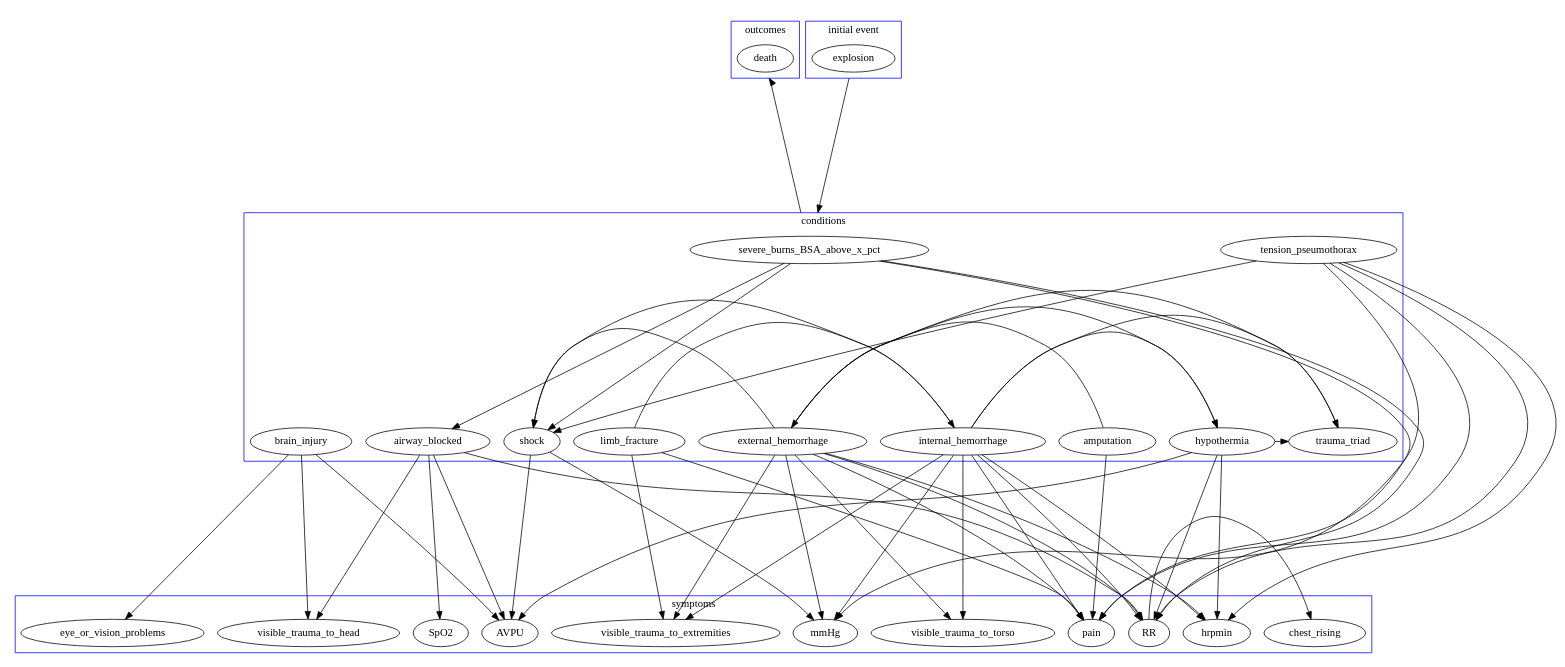
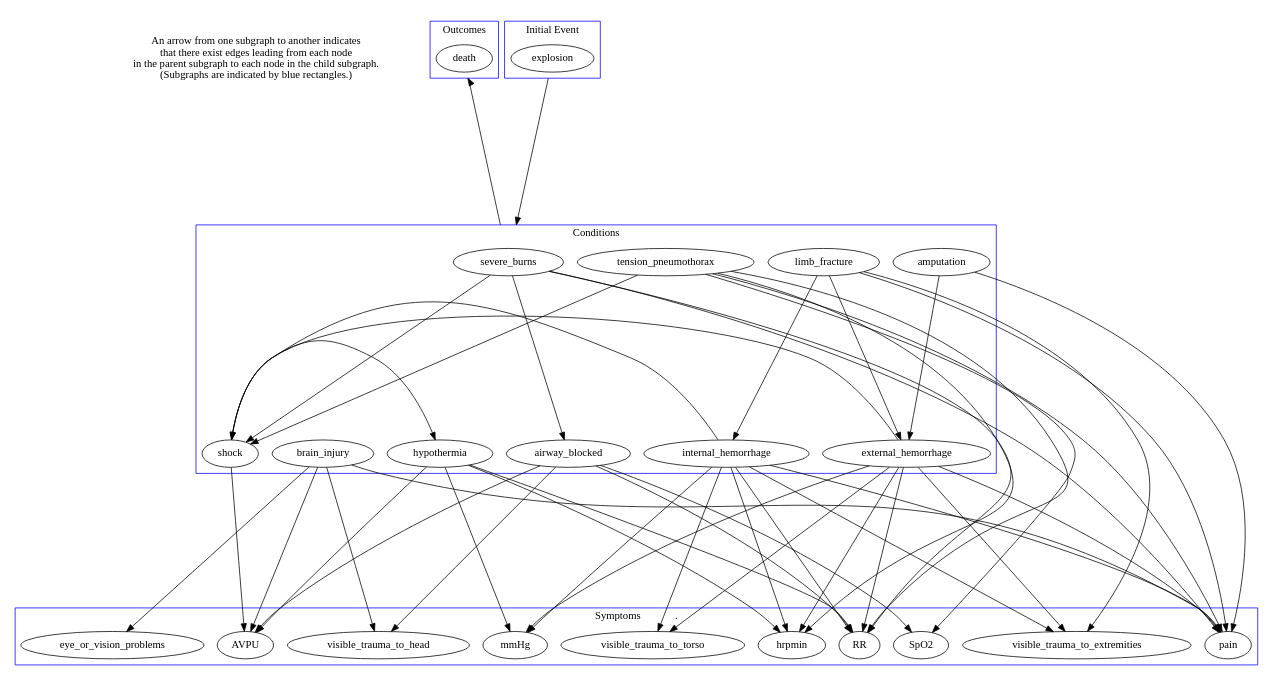
One commit to Parallax-Advanced-Research/ITM changed the diagram in components/decision_analyzer/bayesian_network/scenario-bn.dot. Above: the diagram before and after it, drawn with Graphviz. The commit also changed 3 other files, not shown here.

```diff
--- a/components/decision_analyzer/bayesian_network/scenario-bn.dot
+++ b/components/decision_analyzer/bayesian_network/scenario-bn.dot
@@ -1,165 +1,133 @@
 digraph {
 	compound=true;
 	ranksep=3.0;
 
 	subgraph cluster_io {
 		rank="same";
 		style="invis";
 		subgraph cluster_event {
 			color=blue;
-			label="initial event";
+			label="Initial Event";
 			rank="same";
 			style="solid";
 
 			explosion;
 		}
 
 		subgraph cluster_outcomes {
 			color=blue;
-			label="outcomes";
+			label="Outcomes";
 			rank="same";
 			style="solid";
 
 			/* may add forms of permanent injury or PTSD here later */
 			death;
 		}
+	
+		foo [shape=plaintext, label="An arrow from one subgraph to another indicates\nthat there exist edges leading from each node\nin the parent subgraph to each node in the child subgraph.\n(Subgraphs are indicated by blue rectangles.)"];
 	}
 
 	subgraph cluster_symptoms {
 		color=blue;
-		label="symptoms";
+		label="Symptoms             ."; /* aligned s.t. the period is covered by an edge (and the text isn't)*/
 		{
 			rank="same";
 
-			AVPU; // {A,V,P,U}
-
-			/* TODO: comment each bin with what range falls there */
-			hrpmin; // heart rate. low, normal, high
-			mmHg; // blood pressure. low, normal, high
-			SpO2; // blood oxygen level. low, normal, high
-			RR; // respiration rate. low, normal, high
-
-			/* Don't have a node for unreported pain, since AVPU covers that */
-			pain; // low = 1-3, med = 4-6, high = 7-10
-
-			eye_or_vision_problems;//covers all of echhymosis, hyphema, limited extraocular movement, cloudy vision
-			chest_rising
-
-			/* Note that these don't represent the injuries themselves, but rather the visible effects of them.
-			   Slightly important distinction that lets us keep the arrows pointing in a way that respects the layers */
+			AVPU;
+			hrpmin;
+			mmHg;
+			SpO2;
+			RR;
+			pain;
+			eye_or_vision_problems;
 			visible_trauma_to_head;
 			visible_trauma_to_torso;
 			visible_trauma_to_extremities;
 		}
-		
-		RR -> chest_rising;
 	}
 
 	/* Some of these, e.g. amputation, are directly observable, but others are latent */
 	subgraph cluster_conditions {
 		color=blue;
-		label="conditions";
+		label="Conditions";
 		{
 			rank="same";
-			tension_pseumothorax
-		
-			severe_burns_BSA_above_x_pct // these are all 2nd and 3rd degree, and the bins will be 0-25%, 25-50%, 50-75%, 75-100% BSA
+			tension_pneumothorax;
+			severe_burns;
+			limb_fracture;
+			amputation;
 		}
 		{
 			rank="same";
-			airway_blocked
-			amputation
-			external_hemorrhage
-			shock
-			internal_hemorrhage
-			brain_injury
-			hypothermia
-			limb_fracture
-			trauma_triad // P(trauma_triad) = P(hypothermia and at least one of the hemorhages). Modeling it this way to avoid cycles.
+			airway_blocked;
+			external_hemorrhage;
+			shock;
+			internal_hemorrhage;
+			brain_injury;
+			hypothermia;
 		}
-
-		internal_hemorrhage -> trauma_triad;
-		external_hemorrhage -> trauma_triad;
-		hypothermia -> trauma_triad;
-
-		//internal hemorrhage - does not include brain hemorrhage; that's brain_injury
-			internal_hemorrhage -> hrpmin;
-			internal_hemorrhage -> mmHg;
-			internal_hemorrhage -> pain;
-			//internal_hemorrhage -> AVPU;//shock and hypothermia probably cover this
-			//internal_hemorrhage -> visible_trauma_to_head;
-			internal_hemorrhage -> visible_trauma_to_torso;
-			internal_hemorrhage -> visible_trauma_to_extremities;
-
-			/* links to other conditions */
-			internal_hemorrhage -> shock;
-			internal_hemorrhage -> hypothermia;
-			internal_hemorrhage -> RR;
-
-		//external hemorrhage
-			external_hemorrhage -> hrpmin;
-			external_hemorrhage -> mmHg;
-			external_hemorrhage -> pain;
-			external_hemorrhage -> visible_trauma_to_torso;
-			external_hemorrhage -> visible_trauma_to_extremities;
-			external_hemorrhage -> RR;
-			
-			/* links to other conditions */
-			external_hemorrhage -> shock;
-			external_hemorrhage -> hypothermia;
-
-		//limb fracture
-			limb_fracture -> internal_hemorrhage;
-			limb_fracture -> pain;
-			limb_fracture -> visible_trauma_to_extremities;
-
-		//hypothermia
-			hypothermia -> AVPU;
-			hypothermia -> hrpmin;
-			hypothermia -> RR;
-
-		//shock - hemorrhagic shock, specifically
-			shock -> AVPU;
-			shock -> mmHg;
-
-		//brain injury
-			brain_injury -> AVPU;
-			brain_injury -> eye_or_vision_problems;
-			brain_injury -> visible_trauma_to_head;
-
-		//airway blocked
-			airway_blocked -> AVPU;
-			airway_blocked -> RR;
-			airway_blocked -> SpO2;//TODO: presumably
-			//airway_blocked -> chest_rising;//RR covers it
-			airway_blocked -> visible_trauma_to_head;
-
-		//amputation
-			amputation -> pain;
-
-			/* links to other conditions */
-			amputation -> external_hemorrhage;//which in turn leads to hrpmin, mmHg
-
-		//tension psuemothorax
-			tension_pseumothorax -> pain;
-			tension_pseumothorax -> hrpmin;
-			tension_pseumothorax -> mmHg;
-			tension_pseumothorax -> RR;
-			tension_pseumothorax -> shock;
-
-		//severe burns
-			severe_burns_BSA_above_x_pct -> pain;
-			severe_burns_BSA_above_x_pct -> RR;
-			/* I *think* that hrpmin and mmHg are only affected via shock */
-
-			/* links to other conditions */
-			severe_burns_BSA_above_x_pct -> airway_blocked;
-			severe_burns_BSA_above_x_pct -> shock;//TODO: not entirely certain of this one
 	}
 
+	hypothermia -> AVPU;
+	shock -> AVPU;
+	brain_injury -> AVPU;
+	airway_blocked -> AVPU;
+
+	internal_hemorrhage -> hrpmin;
+	external_hemorrhage -> hrpmin;
+	hypothermia -> hrpmin;
+	tension_pneumothorax -> hrpmin;
+
+	internal_hemorrhage -> mmHg;
+	external_hemorrhage -> mmHg;
+	hypothermia -> mmHg;
+
+	airway_blocked -> SpO2;
+	tension_pneumothorax -> SpO2;
+
+	hypothermia -> RR;
+	airway_blocked -> RR;
+	tension_pneumothorax -> RR;
+	severe_burns -> RR;
+	internal_hemorrhage -> RR;
+	external_hemorrhage -> RR;
+
+	internal_hemorrhage -> pain;
+	external_hemorrhage -> pain;
+	brain_injury -> pain;
+	limb_fracture -> pain;
+	amputation -> pain;
+	tension_pneumothorax -> pain;
+	severe_burns -> pain;
+
+	brain_injury -> eye_or_vision_problems;
+
+	brain_injury -> visible_trauma_to_head;
+	airway_blocked -> visible_trauma_to_head;
+
+	internal_hemorrhage -> visible_trauma_to_torso;
+	external_hemorrhage -> visible_trauma_to_torso;
+
+	internal_hemorrhage -> visible_trauma_to_extremities;
+	external_hemorrhage -> visible_trauma_to_extremities;
+	limb_fracture -> visible_trauma_to_extremities;
+
+	severe_burns -> airway_blocked;
+
+	amputation -> external_hemorrhage;
+	limb_fracture -> external_hemorrhage;
+
+	limb_fracture -> internal_hemorrhage;
+
+	internal_hemorrhage -> shock;
+	external_hemorrhage -> shock;
+	tension_pneumothorax -> shock;
+	severe_burns -> shock;
+
+
+	shock -> hypothermia;
+
 	// The specific nodes here don't matter; we just need to pick anything from the appropriate cluster for the head and tail
-	explosion -> severe_burns_BSA_above_x_pct [ltail=cluster_event,lhead=cluster_conditions];
-	severe_burns_BSA_above_x_pct -> death [ltail=cluster_conditions,lhead=cluster_outcomes];
+	explosion -> severe_burns [ltail=cluster_event,lhead=cluster_conditions];
+	severe_burns -> death [ltail=cluster_conditions,lhead=cluster_outcomes];
 }
-
-/* TODO: See if the TCCC handbook has values I can use for the low/normal/high cases */
```
